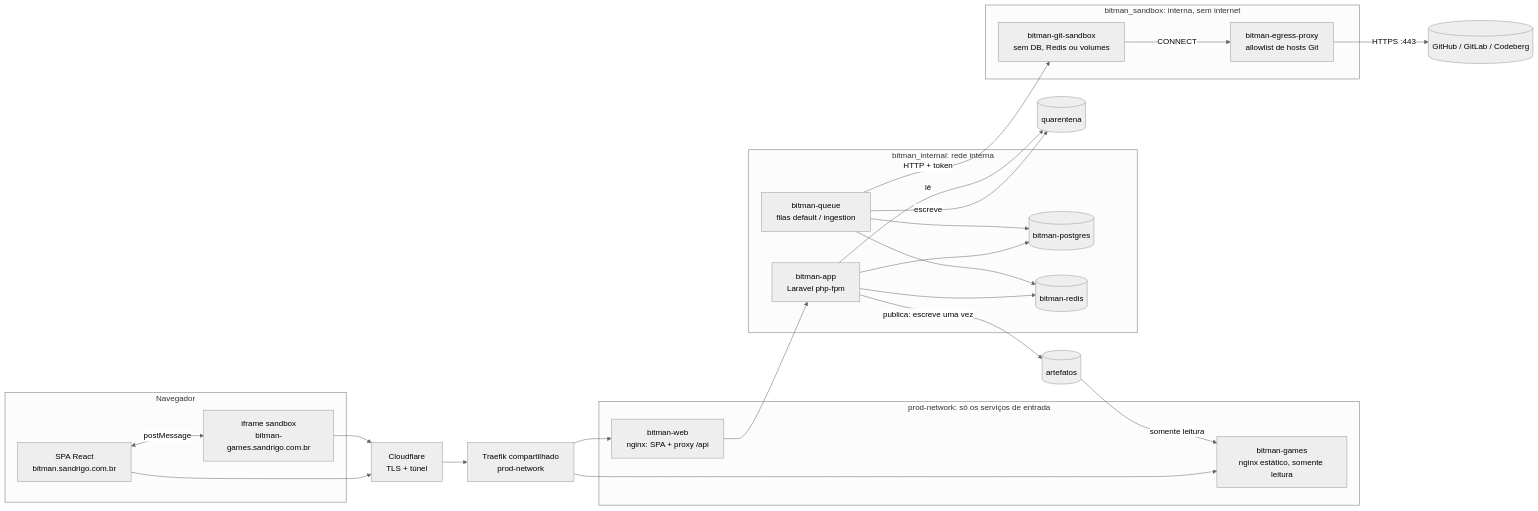
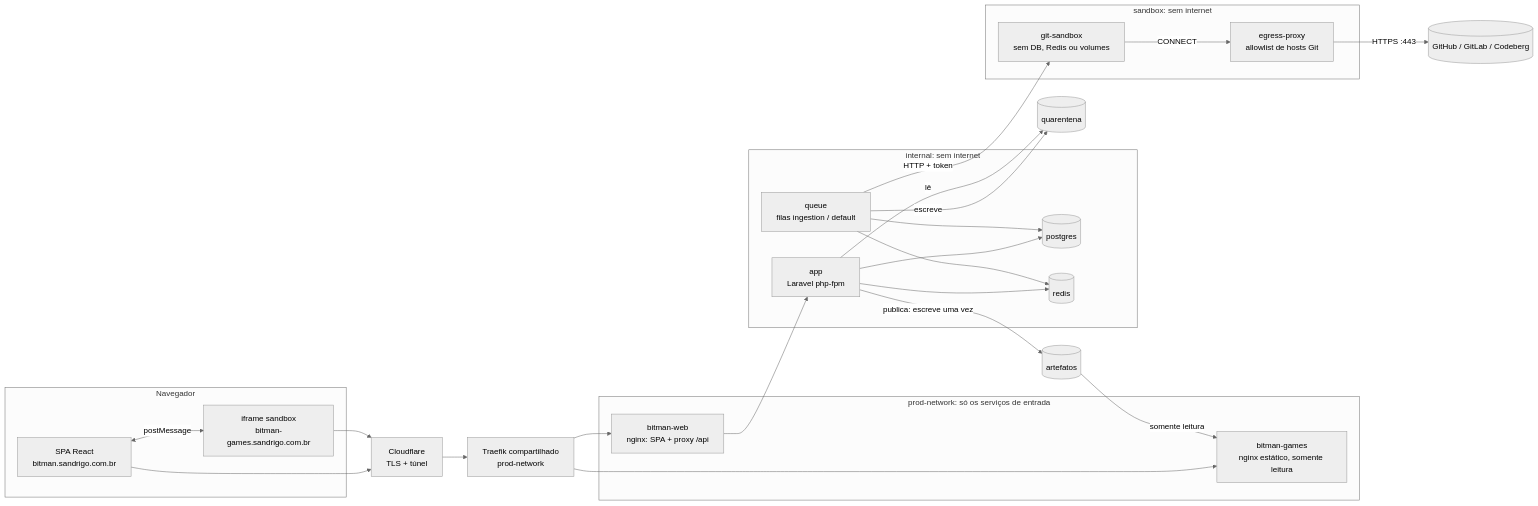
One commit to RafaelSandrigo/bitman changed the first of 4 diagrams in docs/arquitetura.md. Above: the diagram before and after it, drawn with Mermaid (neutral theme). The commit also changed other lines of this file and 110 other files, not shown here.

````diff
--- a/docs/arquitetura.md
+++ b/docs/arquitetura.md
@@ -17,41 +17,41 @@
 ```mermaid
 flowchart LR
     subgraph Navegador
         SPA[SPA React<br/>bitman.sandrigo.com.br]
         IFR[iframe sandbox<br/>bitman-games.sandrigo.com.br]
         SPA <-- postMessage --> IFR
     end
 
     CF[Cloudflare<br/>TLS + túnel] --> TRAEFIK[Traefik compartilhado<br/>prod-network]
     SPA --> CF
     IFR --> CF
 
     subgraph bitman_front[prod-network: só os serviços de entrada]
         WEB[bitman-web<br/>nginx: SPA + proxy /api]
         GAMES[bitman-games<br/>nginx estático, somente leitura]
     end
 
-    subgraph bitman_internal[bitman_internal: rede interna]
-        APP[bitman-app<br/>Laravel php-fpm]
-        QUEUE[bitman-queue<br/>filas default / ingestion]
-        PG[(bitman-postgres)]
-        RD[(bitman-redis)]
+    subgraph bitman_internal[internal: sem internet]
+        APP[app<br/>Laravel php-fpm]
+        QUEUE[queue<br/>filas ingestion / default]
+        PG[(postgres)]
+        RD[(redis)]
     end
 
-    subgraph bitman_sandbox[bitman_sandbox: interna, sem internet]
-        SBX[bitman-git-sandbox<br/>sem DB, Redis ou volumes]
-        PROXY[bitman-egress-proxy<br/>allowlist de hosts Git]
+    subgraph bitman_sandbox[sandbox: sem internet]
+        SBX[git-sandbox<br/>sem DB, Redis ou volumes]
+        PROXY[egress-proxy<br/>allowlist de hosts Git]
     end
 
     TRAEFIK --> WEB & GAMES
     WEB --> APP
     APP --> PG & RD
     QUEUE --> PG & RD
     QUEUE -- HTTP + token --> SBX
     SBX -- CONNECT --> PROXY
     PROXY -- HTTPS :443 --> GIT[(GitHub / GitLab / Codeberg)]
     QUEUE -- escreve --> VOL_Q[(quarentena)]
     APP -- lê --> VOL_Q
     APP -- publica: escreve uma vez --> VOL_A[(artefatos)]
     VOL_A -- somente leitura --> GAMES
 ```
````
